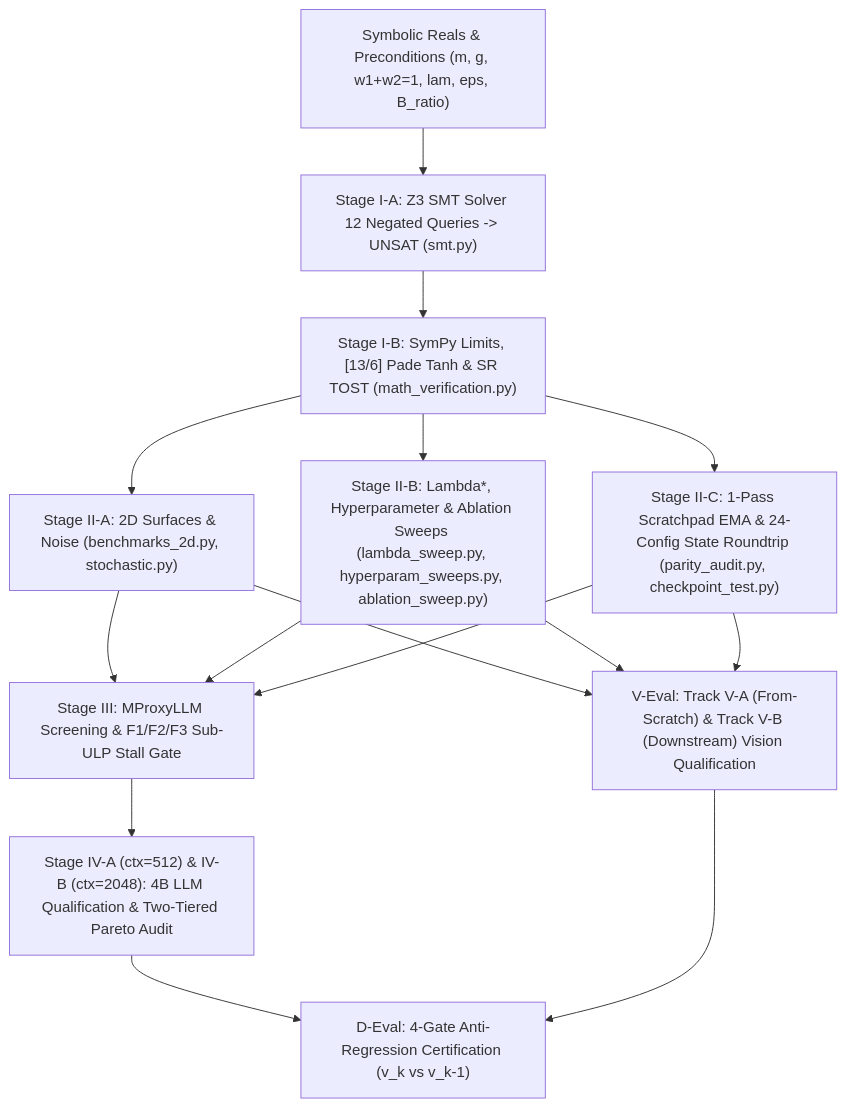
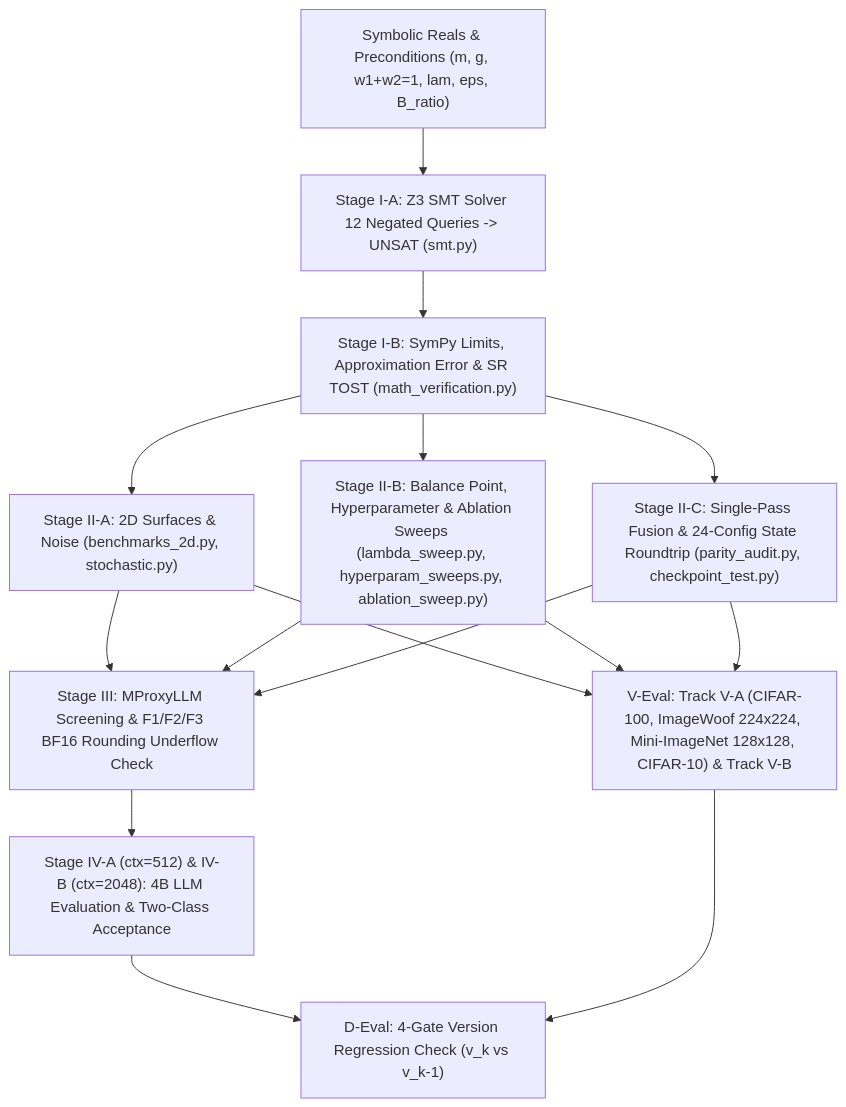
One commit to cloverx-id/luminamoon changed the diagram in eval/README.md. Above: the diagram before and after it, drawn with Mermaid. The commit also changed other lines of this file and 33 other files, not shown here.

````diff
--- a/eval/README.md
+++ b/eval/README.md
@@ -12,12 +12,12 @@
 ```mermaid
 flowchart TD
     Vars["Symbolic Reals & Preconditions (m, g, w1+w2=1, lam, eps, B_ratio)"] --> Z3["Stage I-A: Z3 SMT Solver 12 Negated Queries -> UNSAT (smt.py)"]
-    Z3 --> Math["Stage I-B: SymPy Limits, [13/6] Pade Tanh & SR TOST (math_verification.py)"]
+    Z3 --> Math["Stage I-B: SymPy Limits, Approximation Error & SR TOST (math_verification.py)"]
     Math --> Surf["Stage II-A: 2D Surfaces & Noise (benchmarks_2d.py, stochastic.py)"]
-    Math --> Sweeps["Stage II-B: Lambda*, Hyperparameter & Ablation Sweeps (lambda_sweep.py, hyperparam_sweeps.py, ablation_sweep.py)"]
-    Math --> Parity["Stage II-C: 1-Pass Scratchpad EMA & 24-Config State Roundtrip (parity_audit.py, checkpoint_test.py)"]
-    Surf & Sweeps & Parity --> Stage3["Stage III: MProxyLLM Screening & F1/F2/F3 Sub-ULP Stall Gate"]
-    Surf & Sweeps & Parity --> VEval["V-Eval: Track V-A (From-Scratch) & Track V-B (Downstream) Vision Qualification"]
-    Stage3 --> Stage4["Stage IV-A (ctx=512) & IV-B (ctx=2048): 4B LLM Qualification & Two-Tiered Pareto Audit"]
-    Stage4 & VEval --> DEval["D-Eval: 4-Gate Anti-Regression Certification (v_k vs v_k-1)"]
+    Math --> Sweeps["Stage II-B: Balance Point, Hyperparameter & Ablation Sweeps (lambda_sweep.py, hyperparam_sweeps.py, ablation_sweep.py)"]
+    Math --> Parity["Stage II-C: Single-Pass Fusion & 24-Config State Roundtrip (parity_audit.py, checkpoint_test.py)"]
+    Surf & Sweeps & Parity --> Stage3["Stage III: MProxyLLM Screening & F1/F2/F3 BF16 Rounding Underflow Check"]
+    Surf & Sweeps & Parity --> VEval["V-Eval: Track V-A (CIFAR-100, ImageWoof 224x224, Mini-ImageNet 128x128, CIFAR-10) & Track V-B"]
+    Stage3 --> Stage4["Stage IV-A (ctx=512) & IV-B (ctx=2048): 4B LLM Evaluation & Two-Class Acceptance"]
+    Stage4 & VEval --> DEval["D-Eval: 4-Gate Version Regression Check (v_k vs v_k-1)"]
 ```
````
